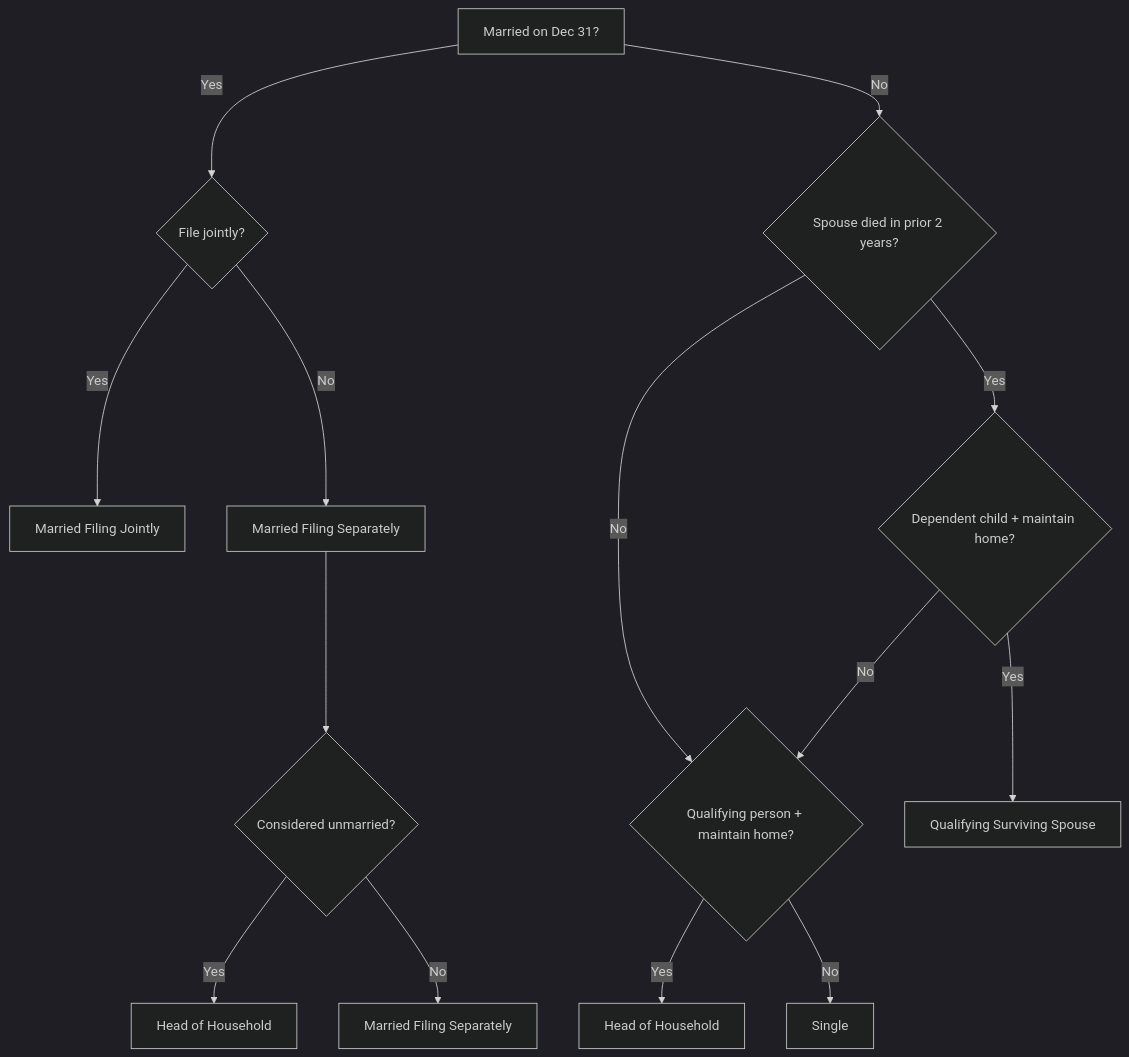
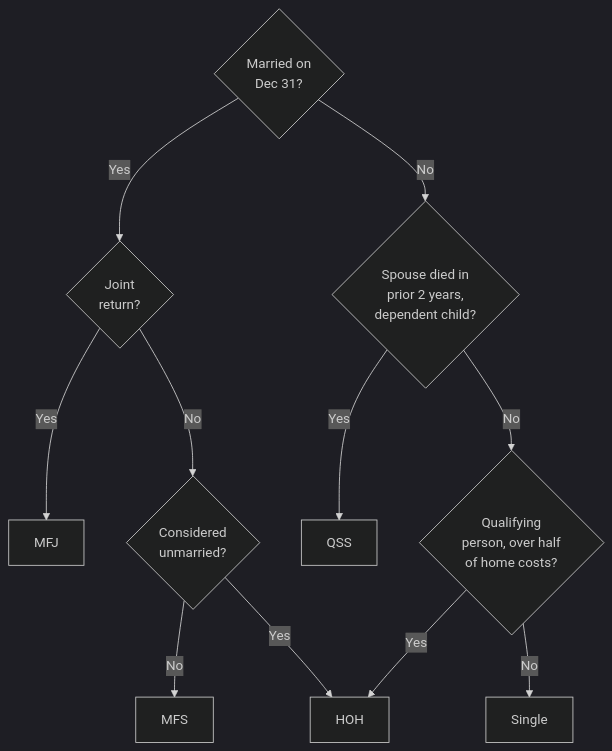
One commit to subwaymatch/cpabear-book changed the diagram in docs/reg/taxation-of-individuals/filing-status.md. Above: the diagram before and after it, drawn with Mermaid (dark theme). The commit also changed other lines of this file and 204 other files, not shown here.

First line of the commit message:
Update the book for the 2027 CPA Exam Blueprints, fix dark-mode diagrams, add diagram zoom (#49)

````diff
--- a/docs/reg/taxation-of-individuals/filing-status.md
+++ b/docs/reg/taxation-of-individuals/filing-status.md
@@ -150,16 +99,13 @@
 ```mermaid
 flowchart TD
-    A[Married on Dec 31?] -->|Yes| B{File jointly?}
-    A -->|No| C{Spouse died in prior 2 years?}
-    B -->|Yes| MFJ[Married Filing Jointly]
-    B -->|No| MFS[Married Filing Separately]
-    MFS --> MFS2{Considered unmarried?}
-    MFS2 -->|Yes| HoH2[Head of Household]
-    MFS2 -->|No| MFS3[Married Filing Separately]
-    C -->|Yes| D{Dependent child + maintain home?}
-    C -->|No| E{Qualifying person + maintain home?}
-    D -->|Yes| QSS[Qualifying Surviving Spouse]
-    D -->|No| E
-    E -->|Yes| HoH[Head of Household]
-    E -->|No| Single[Single]
+    A{"Married on<br/>Dec 31?"} -->|Yes| B{"Joint<br/>return?"}
+    B -->|Yes| MFJ["MFJ"]
+    B -->|No| C{"Considered<br/>unmarried?"}
+    C -->|No| MFS["MFS"]
+    C -->|Yes| HOH["HOH"]
+    A -->|No| D{"Spouse died in<br/>prior 2 years,<br/>dependent child?"}
+    D -->|Yes| QSS["QSS"]
+    D -->|No| E{"Qualifying<br/>person, over half<br/>of home costs?"}
+    E -->|Yes| HOH
+    E -->|No| S["Single"]
 ```
````
